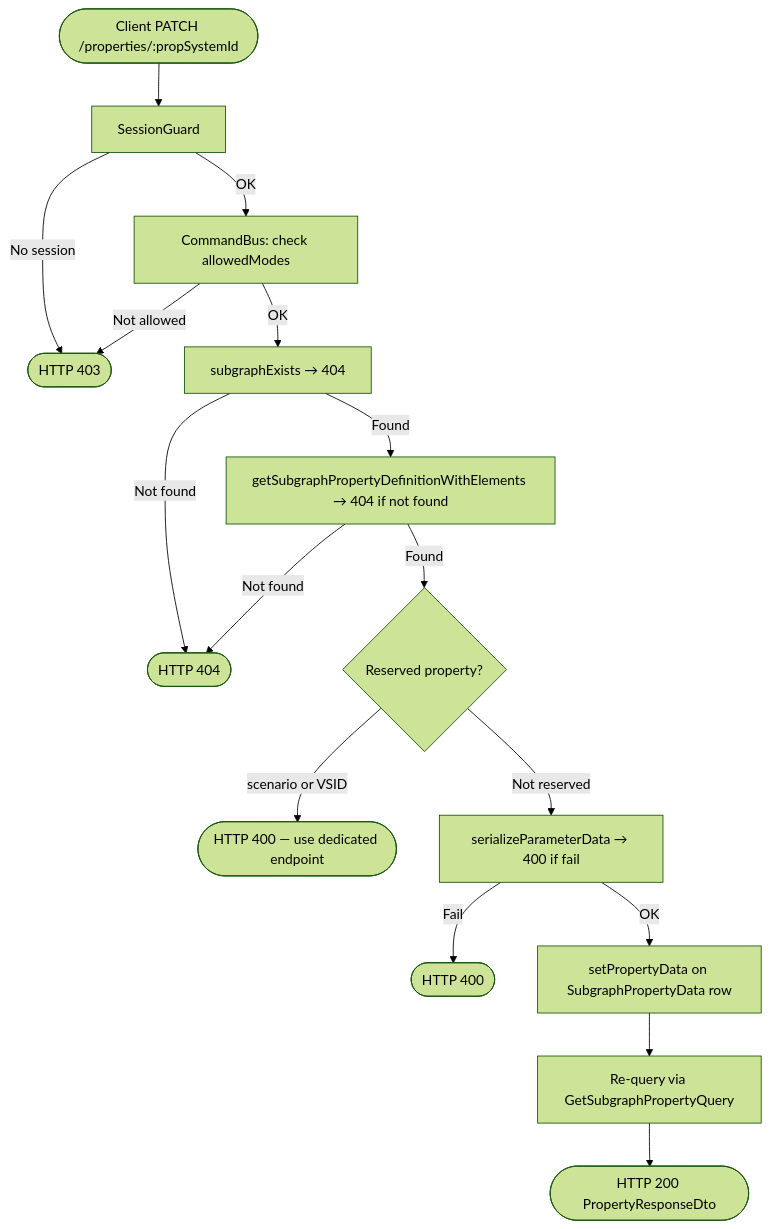
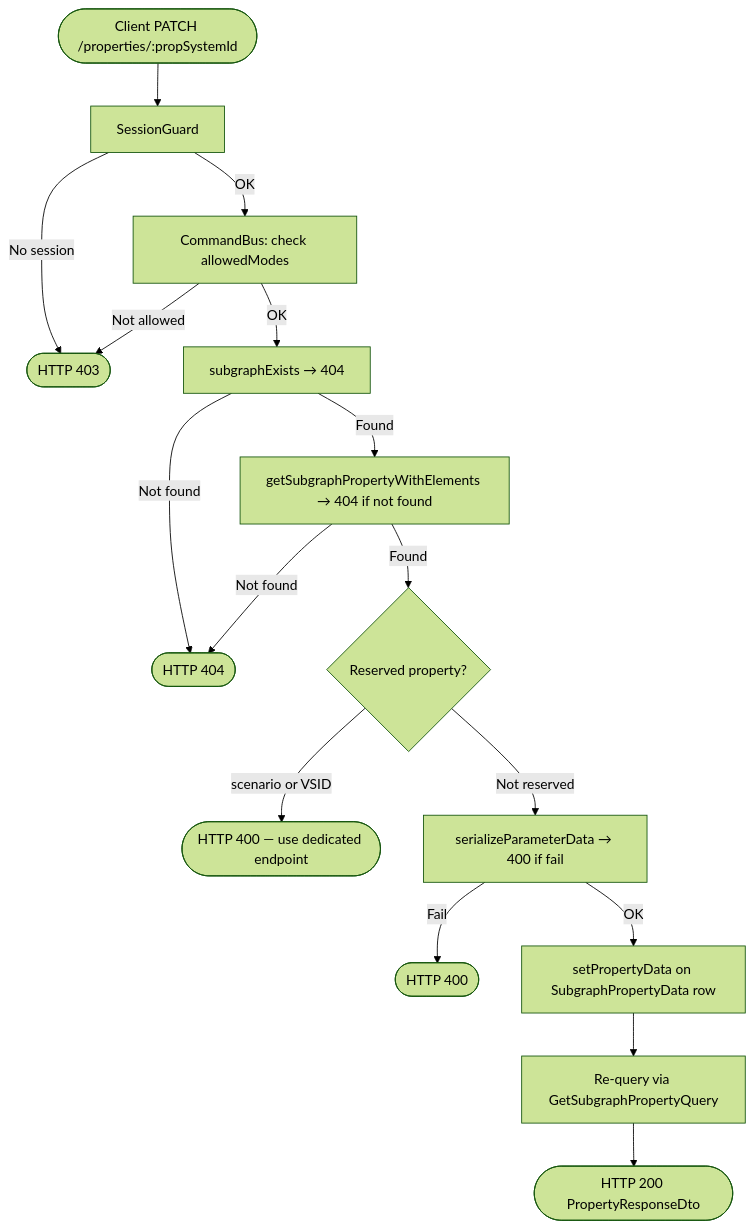
The second of 3 diagrams in docs/property-data/design/set-subgraph-property-design.md (AudioReach/audioreach-creator-backend), drawn with Mermaid (forest theme) before and after one commit. The commit also changed other lines of this file and 82 other files, not shown here.

````diff
--- a/docs/property-data/design/set-subgraph-property-design.md
+++ b/docs/property-data/design/set-subgraph-property-design.md
@@ -164,18 +164,18 @@
 ```mermaid
 flowchart TD
     A([Client PATCH /properties/:propSystemId]) --> B[SessionGuard]
     B -->|No session| C([HTTP 403])
     B -->|OK| D[CommandBus: check allowedModes]
     D -->|Not allowed| C
     D -->|OK| E[subgraphExists → 404]
     E -->|Not found| F([HTTP 404])
-    E -->|Found| G[getSubgraphPropertyDefinitionWithElements → 404 if not found]
+    E -->|Found| G[getSubgraphPropertyWithElements → 404 if not found]
     G -->|Not found| F
     G -->|Found| H{Reserved property?}
     H -->|scenario or VSID| I([HTTP 400 — use dedicated endpoint])
     H -->|Not reserved| J[serializeParameterData → 400 if fail]
     J -->|Fail| K([HTTP 400])
     J -->|OK| L[setPropertyData on SubgraphPropertyData row]
     L --> M[Re-query via GetSubgraphPropertyQuery]
     M --> N([HTTP 200 PropertyResponseDto])
 ```
````
